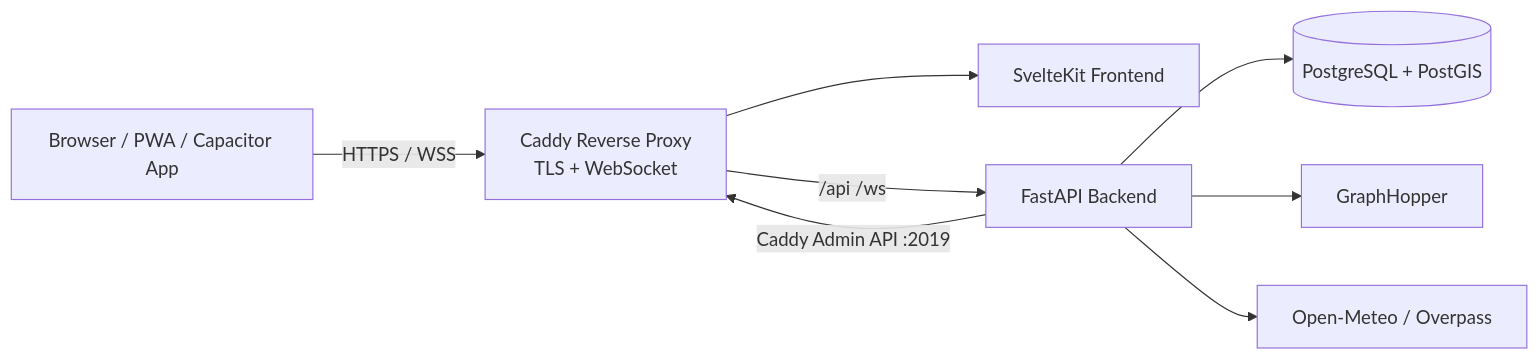
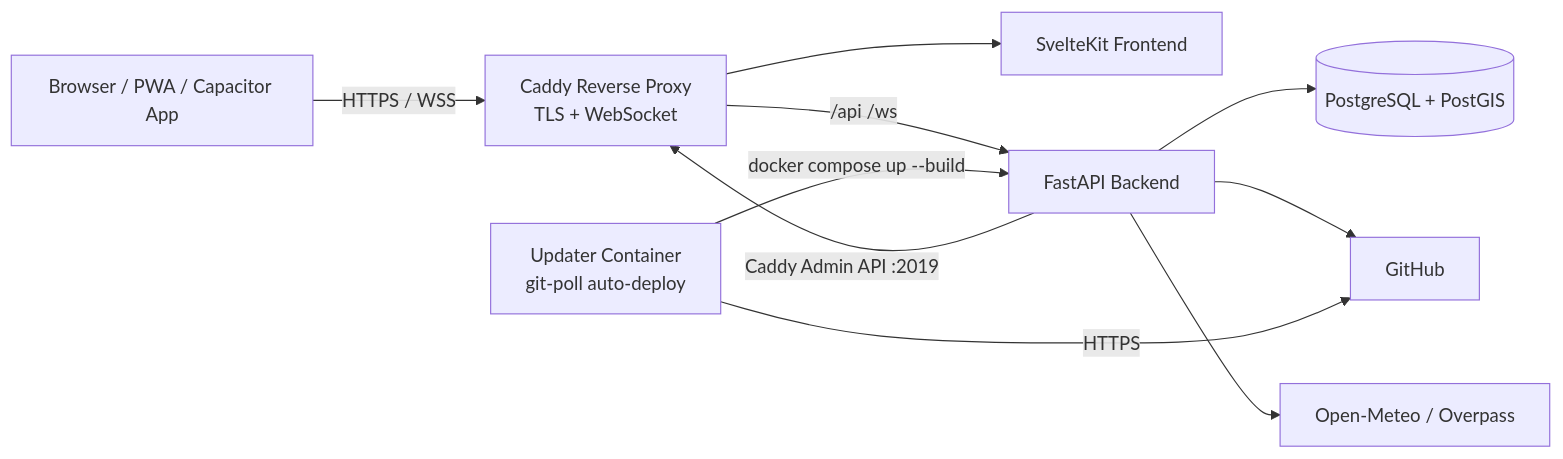
The diagram in README.md (RettTechSolutions/ConvoyPlan), drawn with Mermaid before and after one commit. The commit also changed other lines of this file and 2 other files, not shown here.

````diff
--- a/README.md
+++ b/README.md
@@ -109,18 +123,21 @@
 ```mermaid
 flowchart LR
     Browser[Browser / PWA / Capacitor App]
     Caddy[Caddy Reverse Proxy\nTLS + WebSocket]
     Frontend[SvelteKit Frontend]
     API[FastAPI Backend]
     DB[(PostgreSQL + PostGIS)]
     GH[GraphHopper]
     EXT[Open-Meteo / Overpass]
+    Updater[Updater Container\ngit-poll auto-deploy]
 
     Browser -->|HTTPS / WSS| Caddy
     Caddy -->|/api /ws| API
     Caddy --> Frontend
     API --> DB
     API --> GH
     API --> EXT
     API -->|Caddy Admin API :2019| Caddy
+    Updater -->|docker compose up --build| API
+    Updater -->|HTTPS| GH[GitHub]
 ```
````
